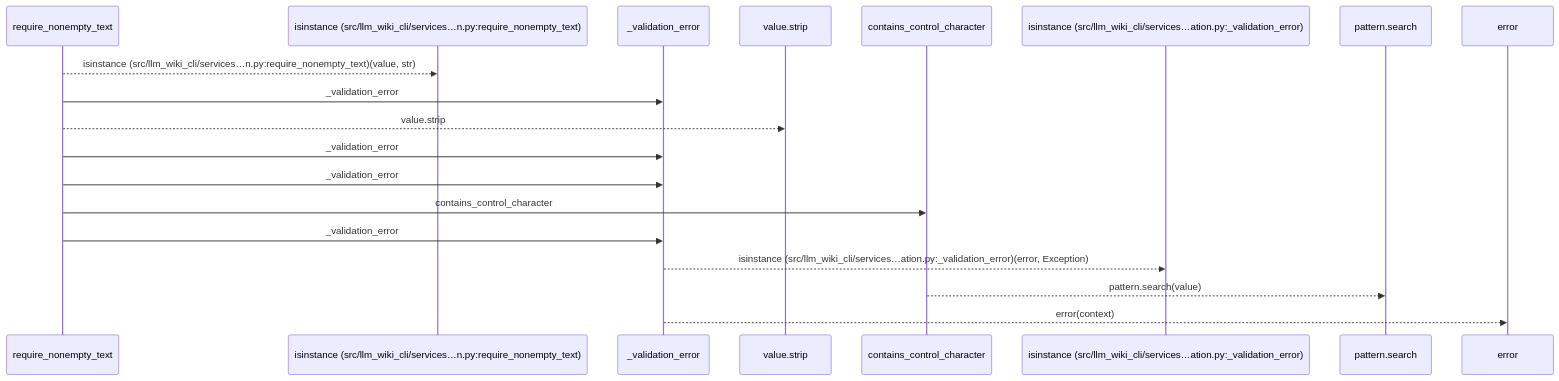
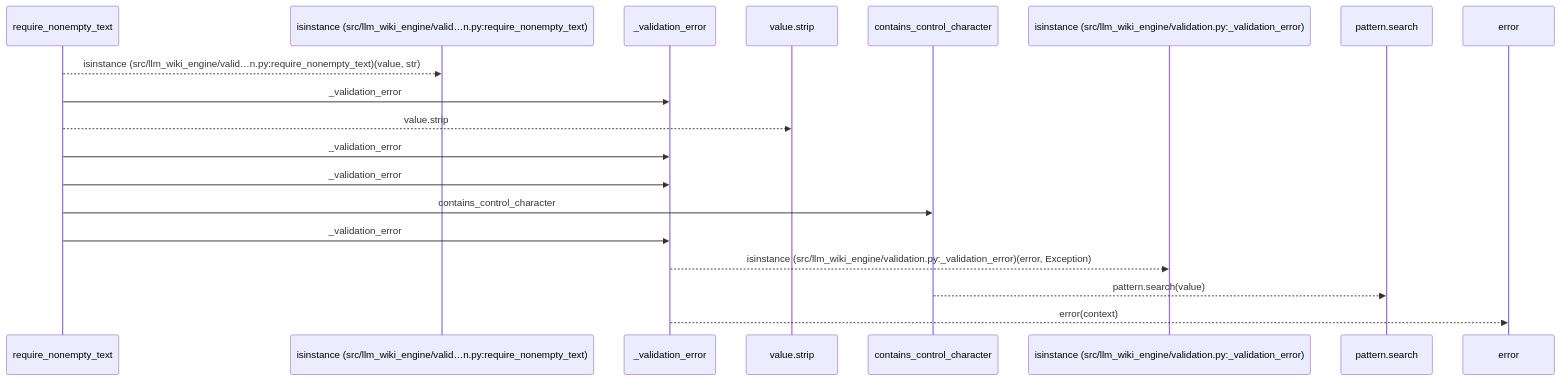
One commit to Denissvgn/python-wiki-llm changed the first of 2 diagrams in docs/llm_wiki/flows/api-require_nonempty_text.md. Above: the diagram before and after it, drawn with Mermaid. The commit also changed other lines of this file and 1103 other files, not shown here.

First line of the commit message:
docs: refresh the wiki for the llm-wiki-engine distribution

````diff
--- a/docs/llm_wiki/flows/api-require_nonempty_text.md
+++ b/docs/llm_wiki/flows/api-require_nonempty_text.md
@@ -12,21 +12,21 @@
 ```mermaid
 sequenceDiagram
     participant p0 as require_nonempty_text
-    participant p1 as isinstance (src/llm_wiki_cli/services…n.py:require_nonempty_text)
+    participant p1 as isinstance (src/llm_wiki_engine/valid…n.py:require_nonempty_text)
     participant p2 as _validation_error
     participant p3 as value.strip
     participant p4 as contains_control_character
-    participant p5 as isinstance (src/llm_wiki_cli/services…ation.py:_validation_error)
+    participant p5 as isinstance (src/llm_wiki_engine/validation.py:_validation_error)
     participant p6 as pattern.search
     participant p7 as error
-    p0-->>p1: isinstance (src/llm_wiki_cli/services…n.py:require_nonempty_text)(value, str)
+    p0-->>p1: isinstance (src/llm_wiki_engine/valid…n.py:require_nonempty_text)(value, str)
     p0->>p2: _validation_error
     p0-->>p3: value.strip
     p0->>p2: _validation_error
     p0->>p2: _validation_error
     p0->>p4: contains_control_character
     p0->>p2: _validation_error
-    p2-->>p5: isinstance (src/llm_wiki_cli/services…ation.py:_validation_error)(error, Exception)
+    p2-->>p5: isinstance (src/llm_wiki_engine/validation.py:_validation_error)(error, Exception)
     p4-->>p6: pattern.search(value)
     p2-->>p7: error(context)
 ```
````
